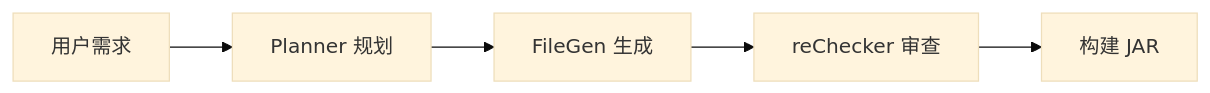
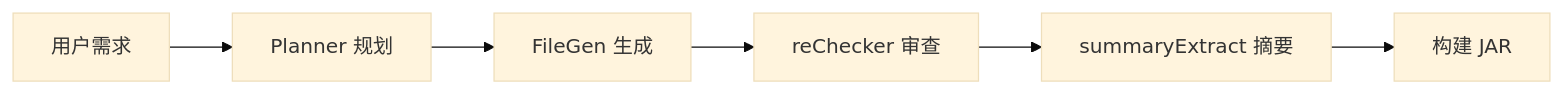
One commit to superwfox/minecraft-dev changed the diagram in docs/guide/introduction.md. Above: the diagram before and after it, drawn with Mermaid (base theme). The commit also changed other lines of this file and 13 other files, not shown here.

````diff
--- a/docs/guide/introduction.md
+++ b/docs/guide/introduction.md
@@ -58,7 +58,8 @@
 ```mermaid
 graph LR
     A[用户需求] --> B[Planner 规划]
     B --> C[FileGen 生成]
     C --> D[reChecker 审查]
-    D --> E[构建 JAR]
+    D --> E[summaryExtract 摘要]
+    E --> F[构建 JAR]
 ```
````
